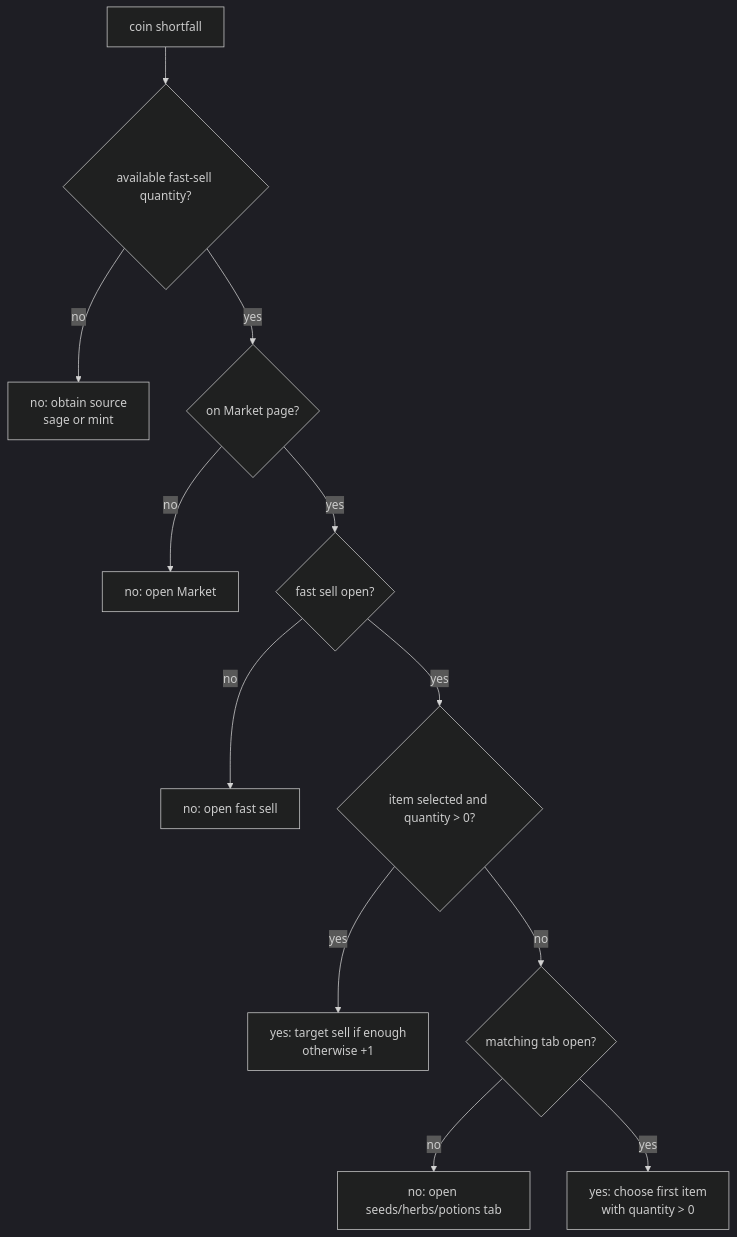
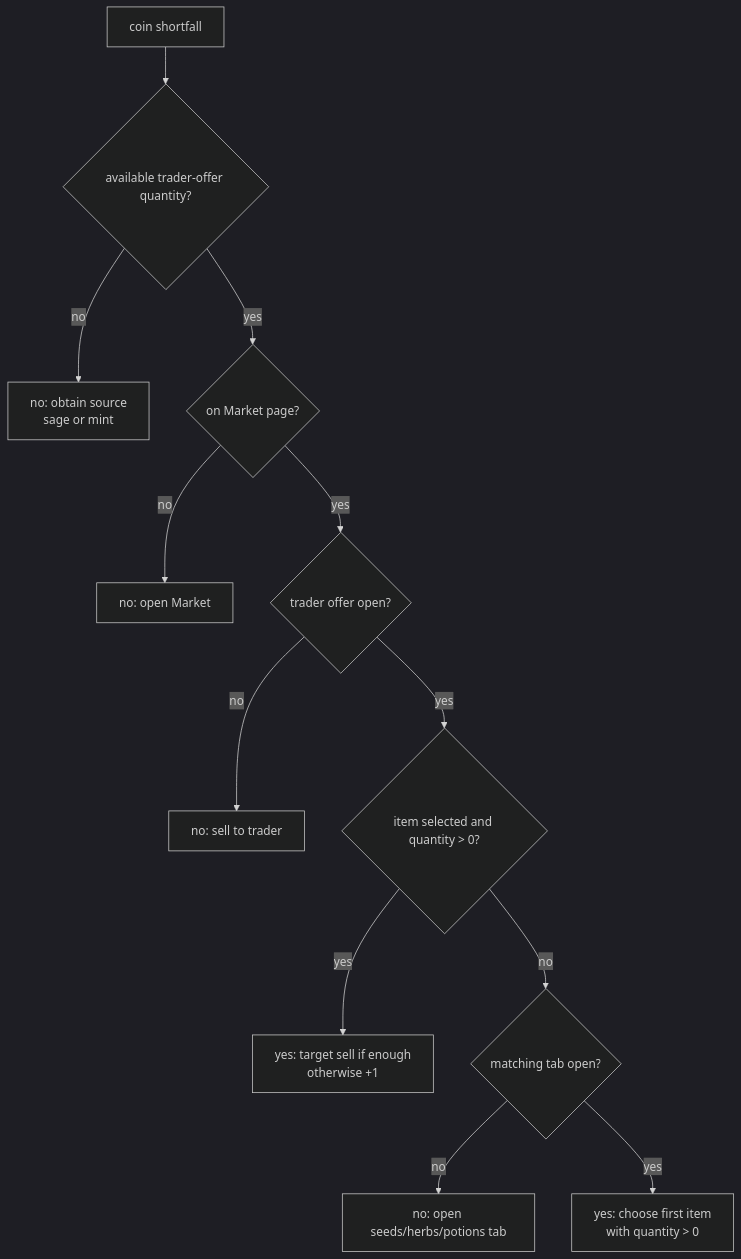
One commit to DavStep/idle-wizard changed the second of 2 diagrams in docs/tutorial-flow.md. Above: the diagram before and after it, drawn with Mermaid (dark theme). The commit also changed other lines of this file and 138 other files, not shown here.

````diff
--- a/docs/tutorial-flow.md
+++ b/docs/tutorial-flow.md
@@ -144,27 +144,27 @@
 ```mermaid
 flowchart TD
   G00["coin shortfall"]
-  G01{"available fast-sell quantity?"}
+  G01{"available trader-offer quantity?"}
   G02["no: obtain source<br/>sage or mint"]
   G03{"on Market page?"}
   G04["no: open Market"]
-  G05{"fast sell open?"}
-  G06["no: open fast sell"]
+  G05{"trader offer open?"}
+  G06["no: sell to trader"]
   G07{"item selected and quantity > 0?"}
   G08["yes: target sell if enough<br/>otherwise +1"]
   G09{"matching tab open?"}
   G10["no: open seeds/herbs/potions tab"]
   G11["yes: choose first item<br/>with quantity > 0"]
 
   G00 --> G01
   G01 -->|"no"| G02
   G01 -->|"yes"| G03
   G03 -->|"no"| G04
   G03 -->|"yes"| G05
   G05 -->|"no"| G06
   G05 -->|"yes"| G07
   G07 -->|"yes"| G08
   G07 -->|"no"| G09
   G09 -->|"no"| G10
   G09 -->|"yes"| G11
 ```
````
